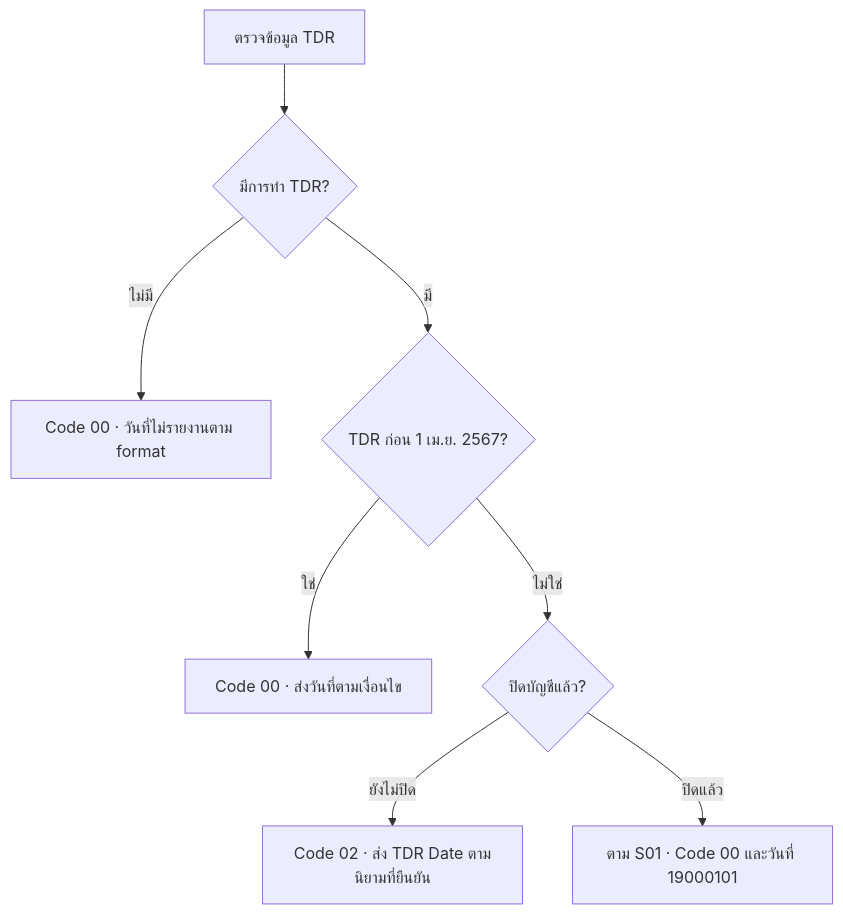
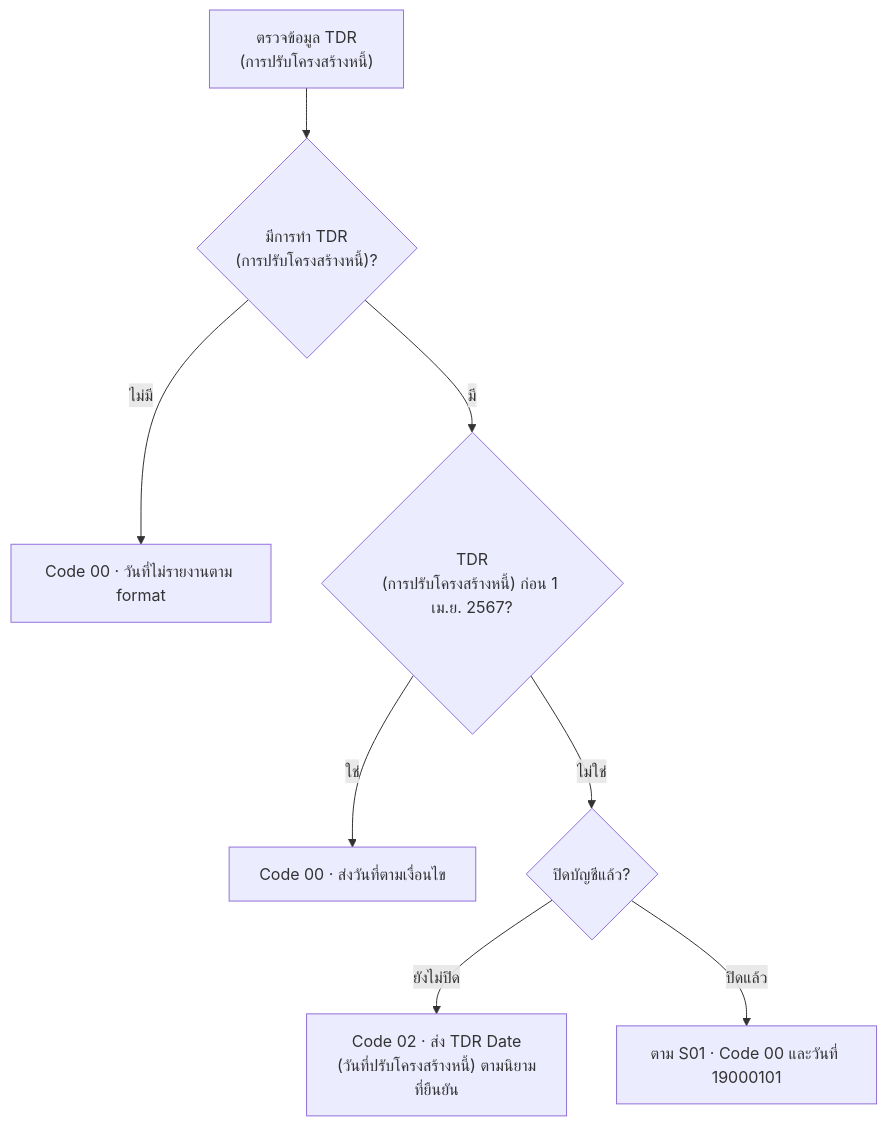
One commit to yukasung/eodncb changed the first of 4 diagrams in app/business-rules/page.mdx. Above: the diagram before and after it, drawn with Mermaid. The commit also changed other lines of this file and 14 other files, not shown here.

````diff
--- a/app/business-rules/page.mdx
+++ b/app/business-rules/page.mdx
@@ -11,11 +11,11 @@
 ```mermaid
 %%{init: {"flowchart": {"useMaxWidth": false}}}%%
 flowchart TD
-    A[ตรวจข้อมูล TDR] --> B{มีการทำ TDR?}
+    A["ตรวจข้อมูล TDR<br/>(การปรับโครงสร้างหนี้)"] --> B{"มีการทำ TDR<br/>(การปรับโครงสร้างหนี้)?"}
     B -->|ไม่มี| C[Code 00 · วันที่ไม่รายงานตาม format]
-    B -->|มี| D{TDR ก่อน 1 เม.ย. 2567?}
+    B -->|มี| D{"TDR<br/>(การปรับโครงสร้างหนี้) ก่อน 1 เม.ย. 2567?"}
     D -->|ใช่| E[Code 00 · ส่งวันที่ตามเงื่อนไข]
     D -->|ไม่ใช่| F{ปิดบัญชีแล้ว?}
-    F -->|ยังไม่ปิด| G[Code 02 · ส่ง TDR Date ตามนิยามที่ยืนยัน]
+    F -->|ยังไม่ปิด| G["Code 02 · ส่ง TDR Date<br/>(วันที่ปรับโครงสร้างหนี้) ตามนิยามที่ยืนยัน"]
     F -->|ปิดแล้ว| H[ตาม S01 · Code 00 และวันที่ 19000101]
 ```
````
